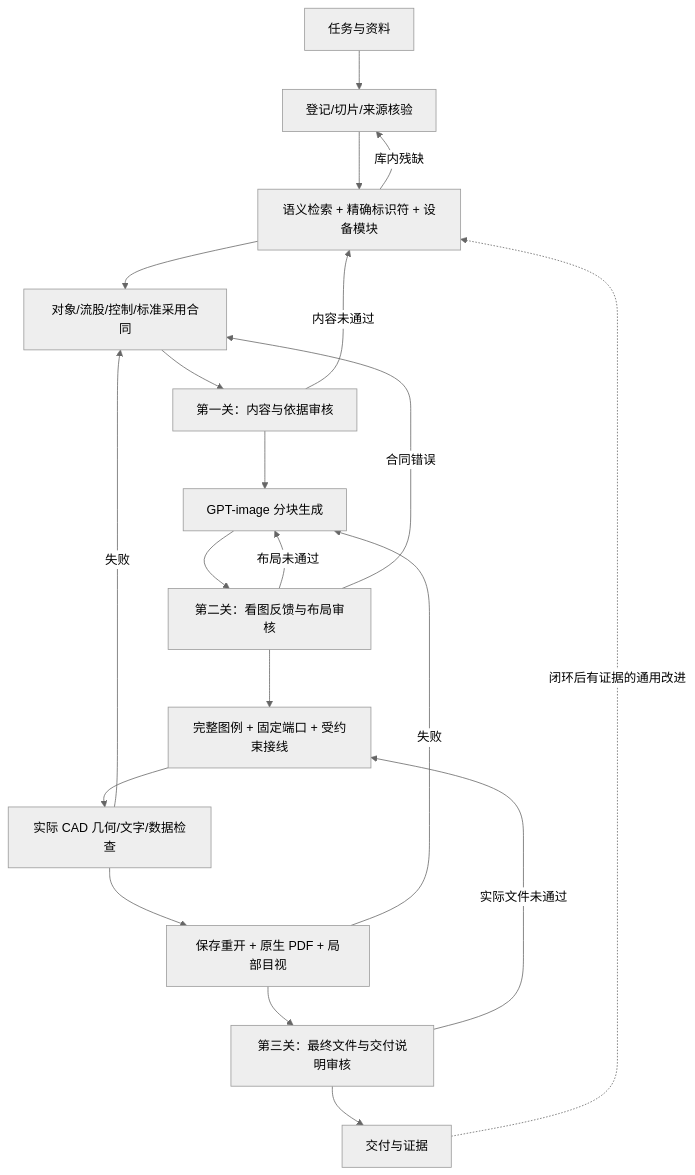
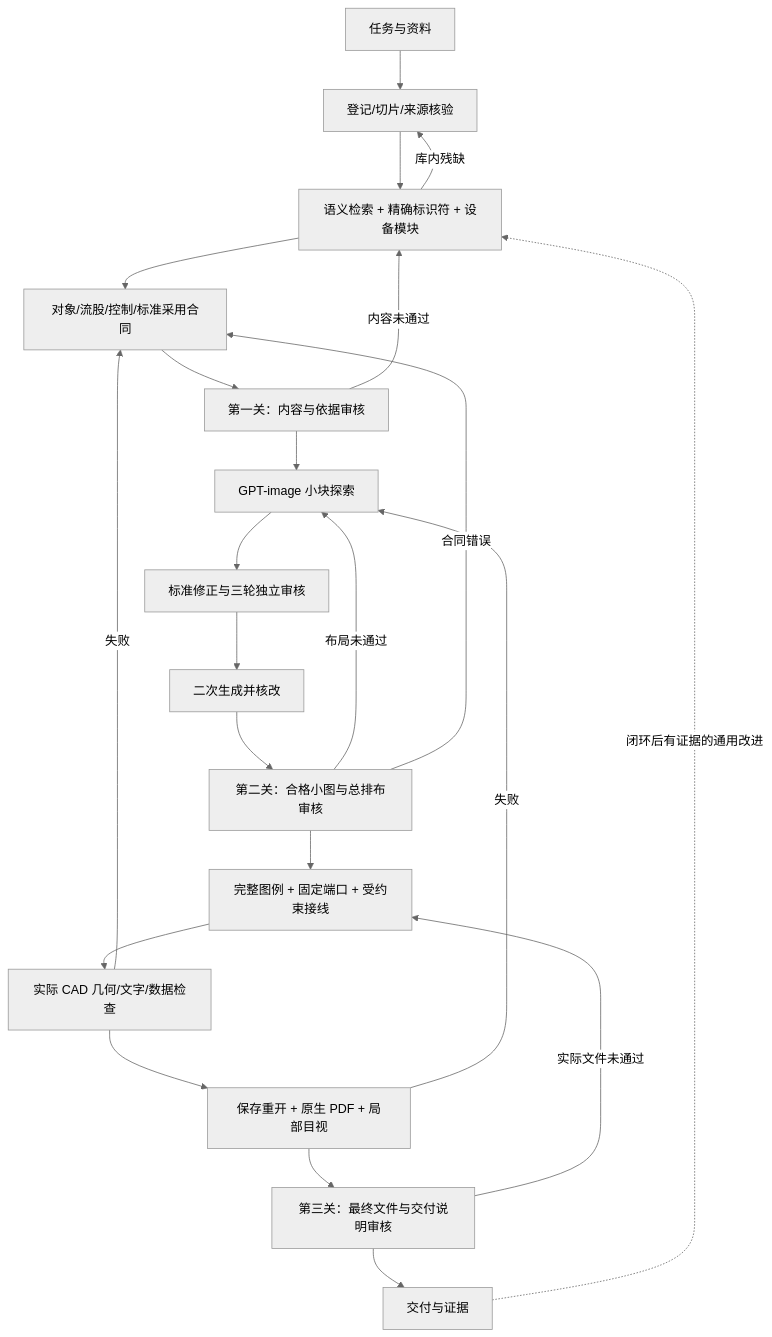
Before and after one commit to milklong888/gpt-image-chemical-pfd-pid: the diagram in README.md, drawn with Mermaid (neutral theme). The commit also changed other lines of this file and 21 other files, not shown here.

````diff
--- a/README.md
+++ b/README.md
@@ -17,22 +17,24 @@
 ```mermaid
 flowchart TD
   A[任务与资料] --> B[登记/切片/来源核验]
   B --> C[语义检索 + 精确标识符 + 设备模块]
   C --> D[对象/流股/控制/标准采用合同]
   D --> R[第一关：内容与依据审核]
-  R --> E[GPT-image 分块生成]
-  E --> Q[第二关：看图反馈与布局审核]
+  R --> E[GPT-image 小块探索]
+  E --> S[标准修正与三轮独立审核]
+  S --> E2[二次生成并核改]
+  E2 --> Q[第二关：合格小图与总排布审核]
   Q --> F[完整图例 + 固定端口 + 受约束接线]
   F --> G[实际 CAD 几何/文字/数据检查]
   G --> H[保存重开 + 原生 PDF + 局部目视]
   H --> V[第三关：最终文件与交付说明审核]
   V --> I[交付与证据]
   R -->|内容未通过| C
   Q -->|布局未通过| E
   Q -->|合同错误| D
   V -->|实际文件未通过| F
   C -->|库内残缺| B
   G -->|失败| D
   H -->|失败| E
   I -.闭环后有证据的通用改进.-> C
 ```
````
